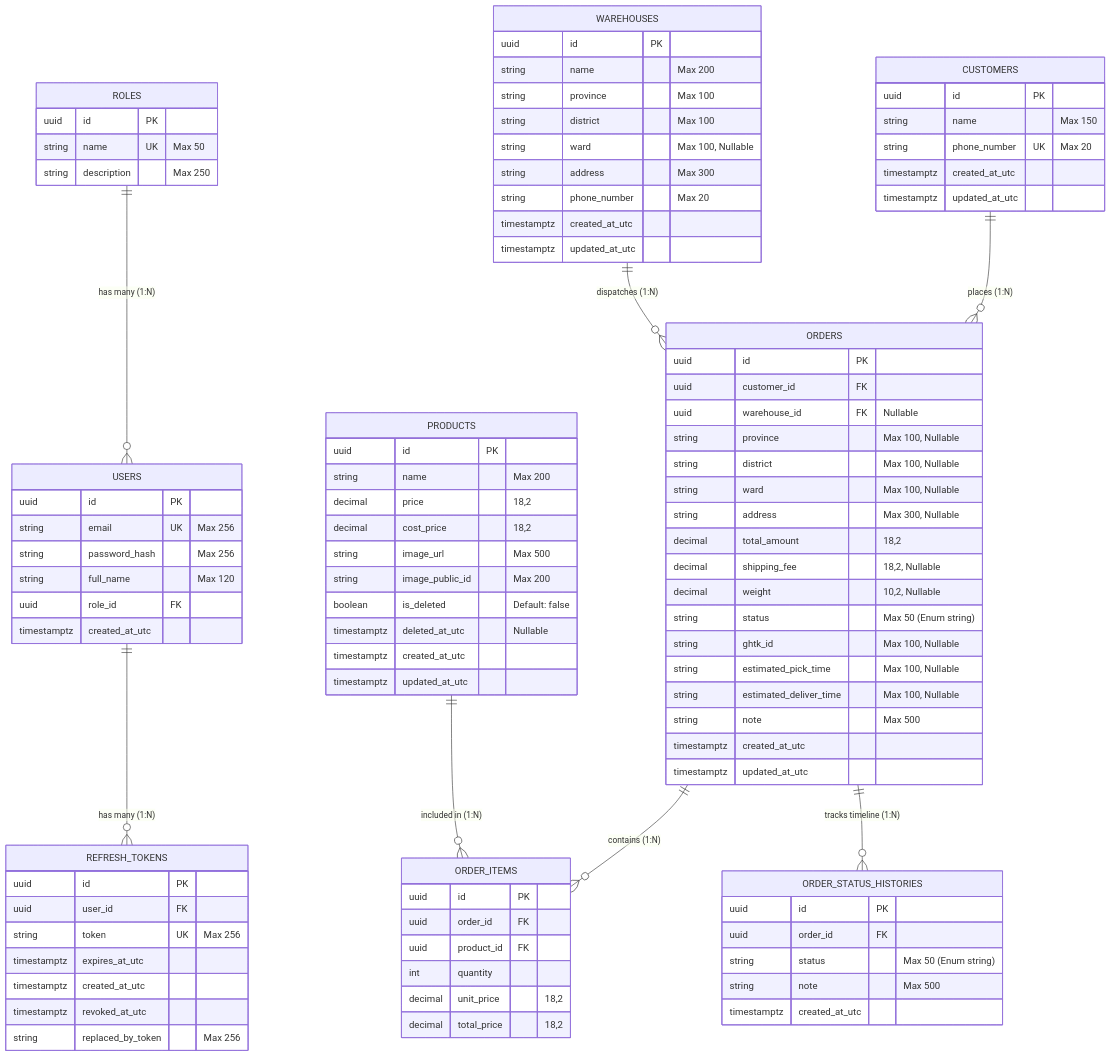
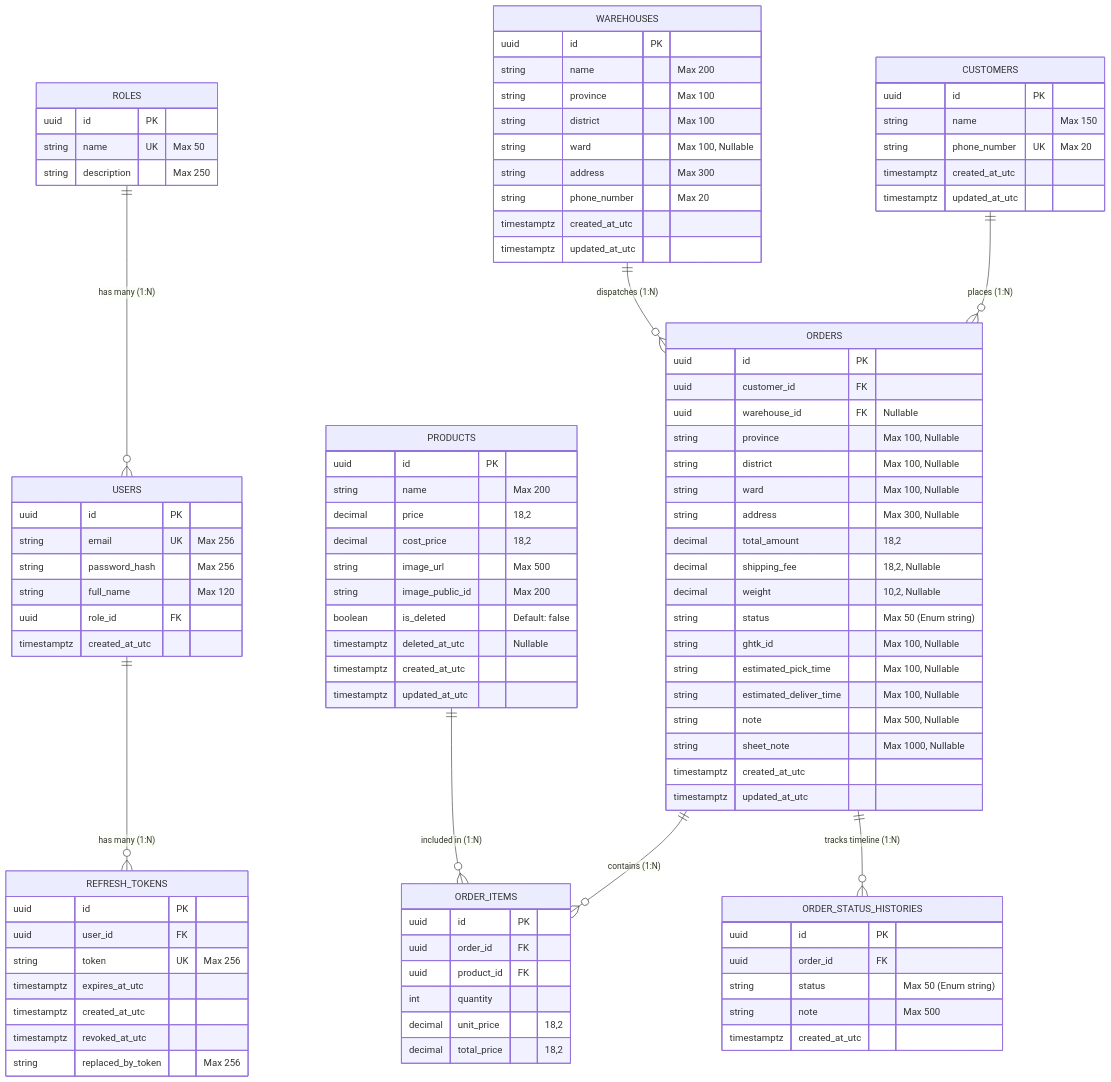
Before and after one commit to huy-ngu/thinh-phat-be: the diagram in ENTITIES_DOCUMENTATION.md, drawn with Mermaid. The commit also changed other lines of this file and 14 other files, not shown here.

```diff
--- a/ENTITIES_DOCUMENTATION.md
+++ b/ENTITIES_DOCUMENTATION.md
@@ -105,7 +105,8 @@
         string ghtk_id "Max 100, Nullable"
         string estimated_pick_time "Max 100, Nullable"
         string estimated_deliver_time "Max 100, Nullable"
-        string note "Max 500"
+        string note "Max 500, Nullable"
+        string sheet_note "Max 1000, Nullable"
         timestamptz created_at_utc
         timestamptz updated_at_utc
     }
```
